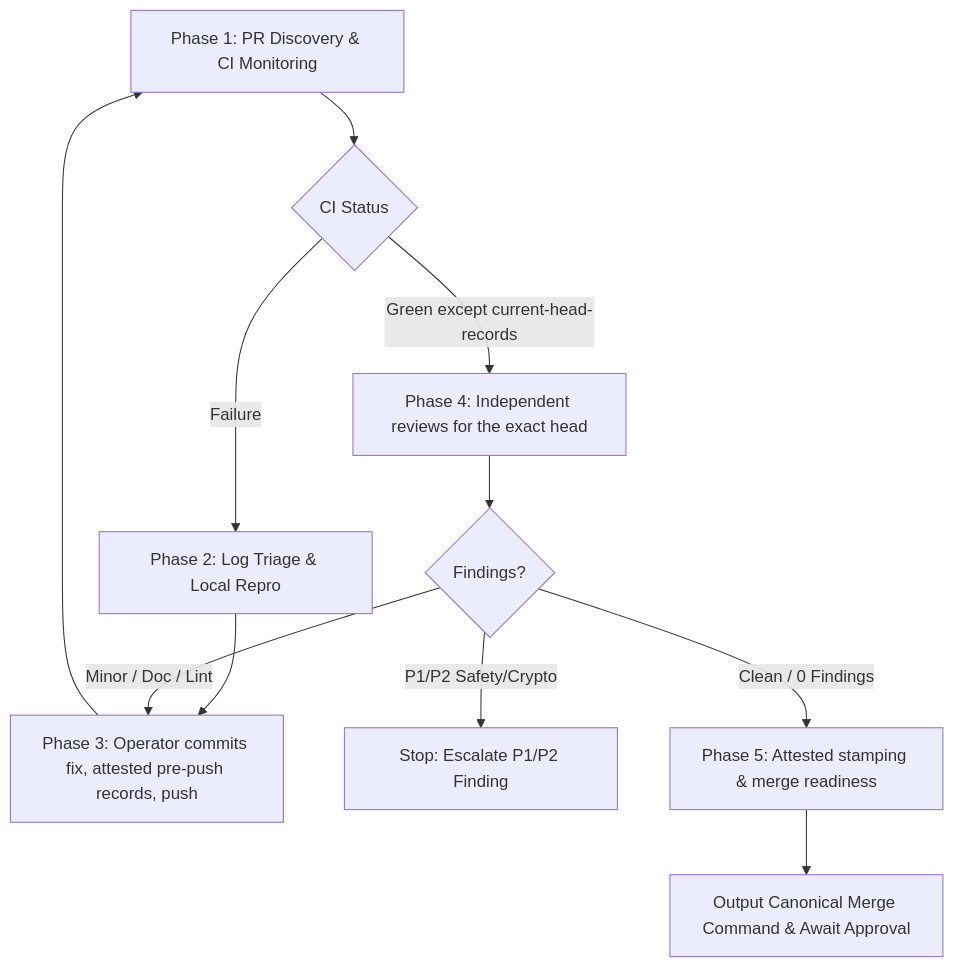
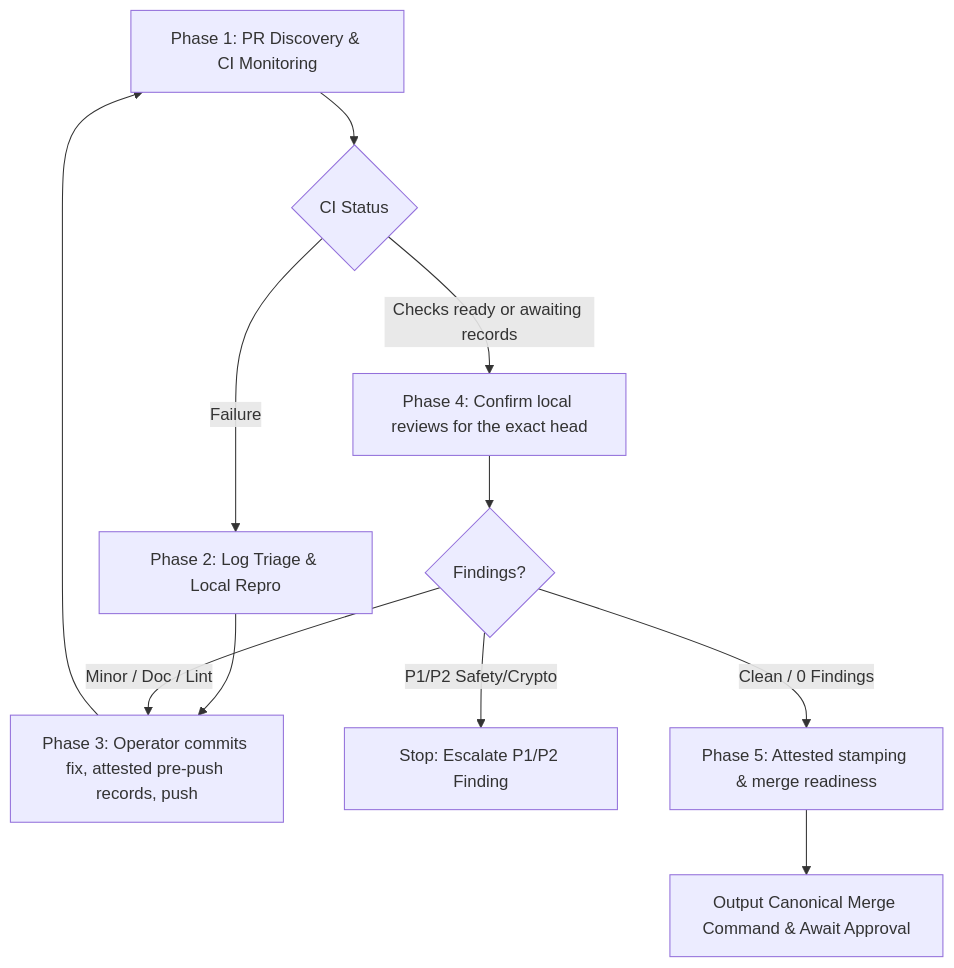
The diagram in .agents/skills/ci-heal/SKILL.md (0Bu/tesla-key-esp32), drawn with Mermaid before and after one commit. The commit also changed other lines of this file and 31 other files, not shown here.

````diff
--- a/.agents/skills/ci-heal/SKILL.md
+++ b/.agents/skills/ci-heal/SKILL.md
@@ -75,13 +76,13 @@
 ```mermaid
 flowchart TD
     P1[Phase 1: PR Discovery & CI Monitoring] --> P2{CI Status}
     P2 -->|Failure| P3[Phase 2: Log Triage & Local Repro]
     P3 --> P4[Phase 3: Operator commits fix, attested pre-push records, push]
     P4 --> P1
-    P2 -->|Green except current-head-records| P5[Phase 4: Independent reviews for the exact head]
+    P2 -->|Checks ready or awaiting records| P5[Phase 4: Confirm local reviews for the exact head]
     P5 --> P6{Findings?}
     P6 -->|P1/P2 Safety/Crypto| StopFail[Stop: Escalate P1/P2 Finding]
     P6 -->|Minor / Doc / Lint| P4
     P6 -->|Clean / 0 Findings| P7[Phase 5: Attested stamping & merge readiness]
     P7 --> Ready[Output Canonical Merge Command & Await Approval]
 ```
````
